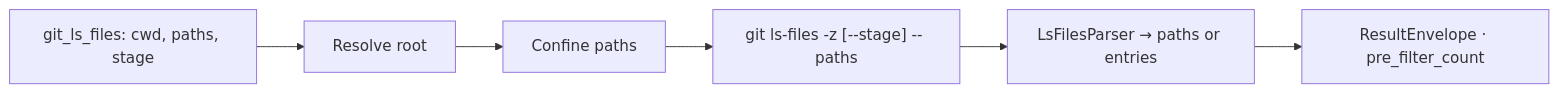
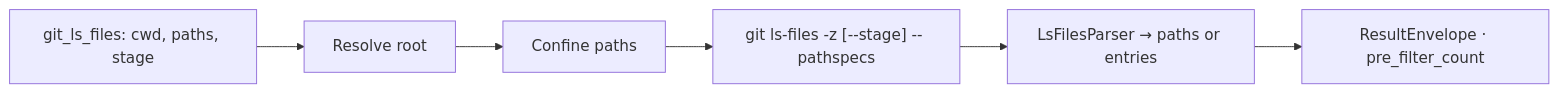
One commit to brenordv/mcp-toolset changed the ninth of 14 diagrams in src/RaccoonNinja.McpToolset.Server.GitOps/README.md. Above: the diagram before and after it, drawn with Mermaid. The commit also changed other lines of this file and 22 other files, not shown here.

````diff
--- a/src/RaccoonNinja.McpToolset.Server.GitOps/README.md
+++ b/src/RaccoonNinja.McpToolset.Server.GitOps/README.md
@@ -298,8 +316,8 @@
 ```mermaid
 flowchart LR
     A[git_ls_files: cwd, paths, stage] --> B[Resolve root]
     B --> C[Confine paths]
-    C --> D["git ls-files -z [--stage] -- paths"]
+    C --> D["git ls-files -z [--stage] -- pathspecs"]
     D --> E[LsFilesParser → paths or entries]
     E --> F[ResultEnvelope · pre_filter_count]
 ```
````
